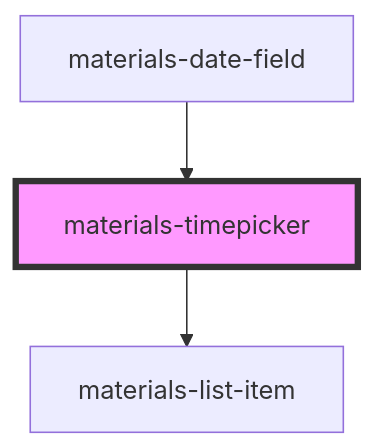
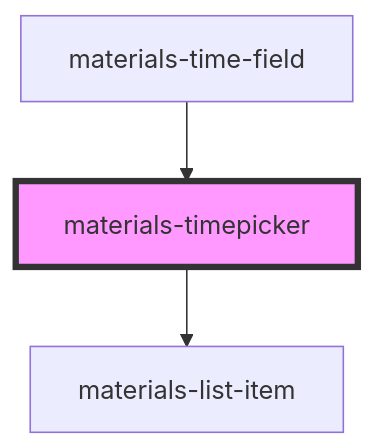
One commit to GMV-centravet/materials changed the diagram in src/components/timepicker/readme.md. Above: the diagram before and after it, drawn with Mermaid. The commit also changed other lines of this file and 5 other files, not shown here.

````diff
--- a/src/components/timepicker/readme.md
+++ b/src/components/timepicker/readme.md
@@ -35,6 +35,6 @@
 ```mermaid
 graph TD;
   materials-timepicker --> materials-list-item
-  materials-date-field --> materials-timepicker
+  materials-time-field --> materials-timepicker
   style materials-timepicker fill:#f9f,stroke:#333,stroke-width:4px
 ```
````
